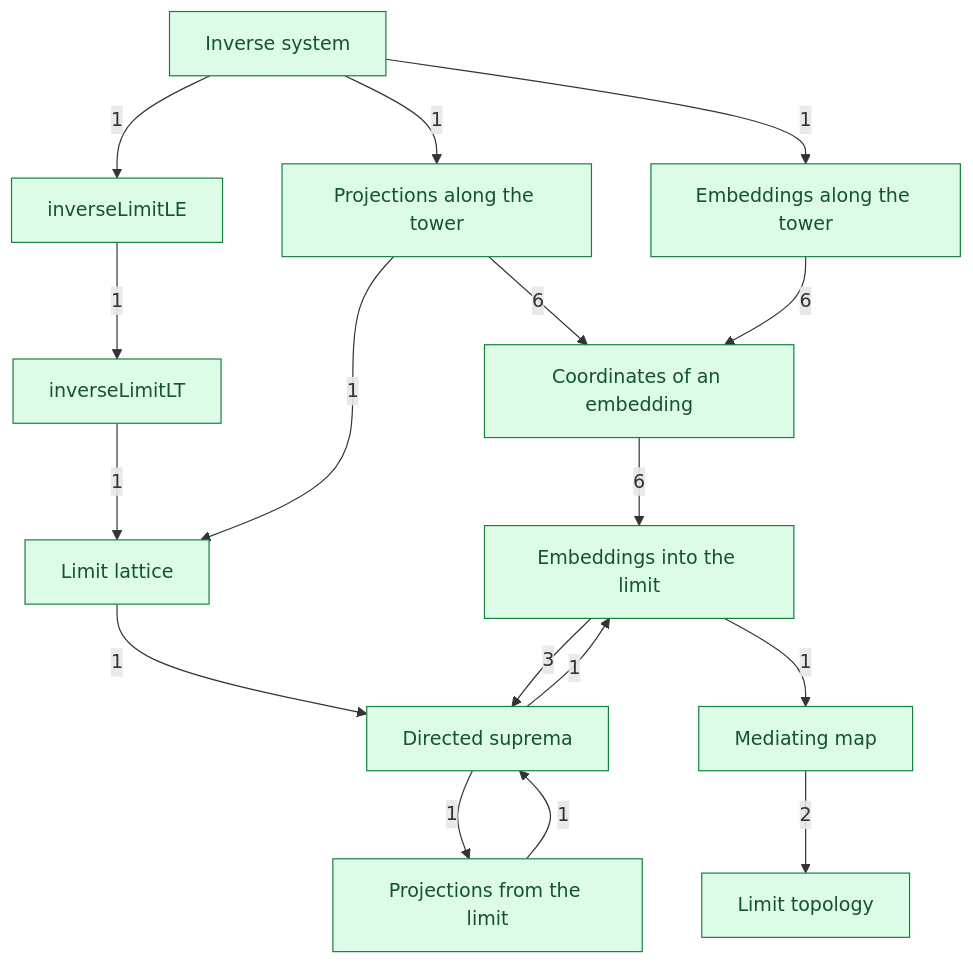
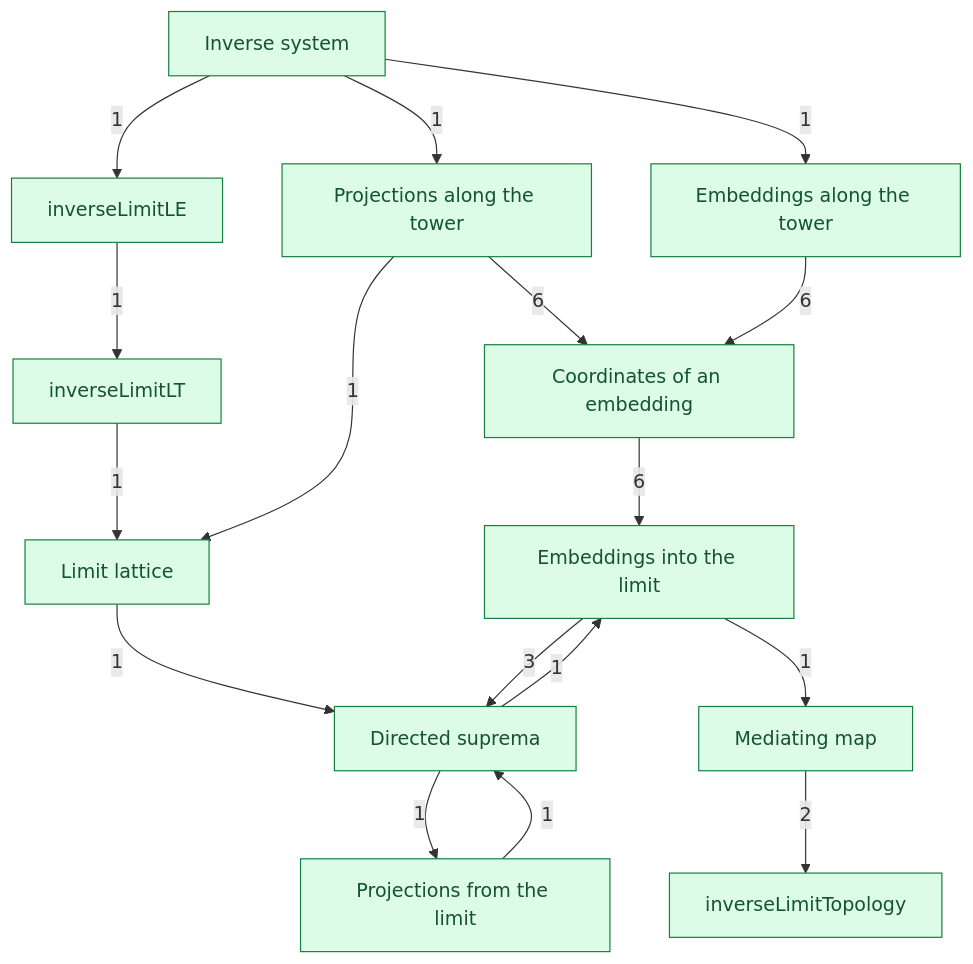
The diagram in DomainTheory/ContinuousLattice/InverseLimits/1972_Inverse_limits.mermaid (catskillsresearch/DomainTheory), drawn with Mermaid before and after one commit. The commit also changed 21 other files, not shown here.

Commit message:
Gather the inverse-limit topology and the facts about the limit into two namespaces in one module.

```diff
--- a/DomainTheory/ContinuousLattice/InverseLimits/1972_Inverse_limits.mermaid
+++ b/DomainTheory/ContinuousLattice/InverseLimits/1972_Inverse_limits.mermaid
@@ -1,34 +1,34 @@
 %% Notes of the inverse-limit construction.
 %% Arrowhead on the importer. The number is a direct-import count.
 %% An arrow already implied by a longer path is omitted.
 flowchart TB
   SYS["Inverse system"]
   PLE["Projections along the tower"]
   ELE["Embeddings along the tower"]
   ICOMP["Coordinates of an embedding"]
   PINF["Projections from the limit"]
   EINF["Embeddings into the limit"]
   LE["inverseLimitLE"]
   LT["inverseLimitLT"]
   LAT["Limit lattice"]
   SUP["Directed suprema"]
   COC["Mediating map"]
-  TOP["Limit topology"]
+  ITOP["inverseLimitTopology"]
   SYS -->|"1"| PLE
   SYS -->|"1"| ELE
   SYS -->|"1"| LE
   PLE -->|"6"| ICOMP
   ELE -->|"6"| ICOMP
   ICOMP -->|"6"| EINF
   LE -->|"1"| LT
   LT -->|"1"| LAT
   PLE -->|"1"| LAT
   LAT -->|"1"| SUP
   EINF -->|"3"| SUP
   PINF -->|"1"| SUP
   SUP -->|"1"| EINF
   SUP -->|"1"| PINF
   EINF -->|"1"| COC
-  COC -->|"2"| TOP
+  COC -->|"2"| ITOP
   classDef concept fill:#dcfce7,stroke:#15803d,color:#14532d
-  class SYS,PLE,ELE,ICOMP,PINF,EINF,LE,LT,LAT,SUP,COC,TOP concept
+  class SYS,PLE,ELE,ICOMP,PINF,EINF,LE,LT,LAT,SUP,COC,ITOP concept
```
